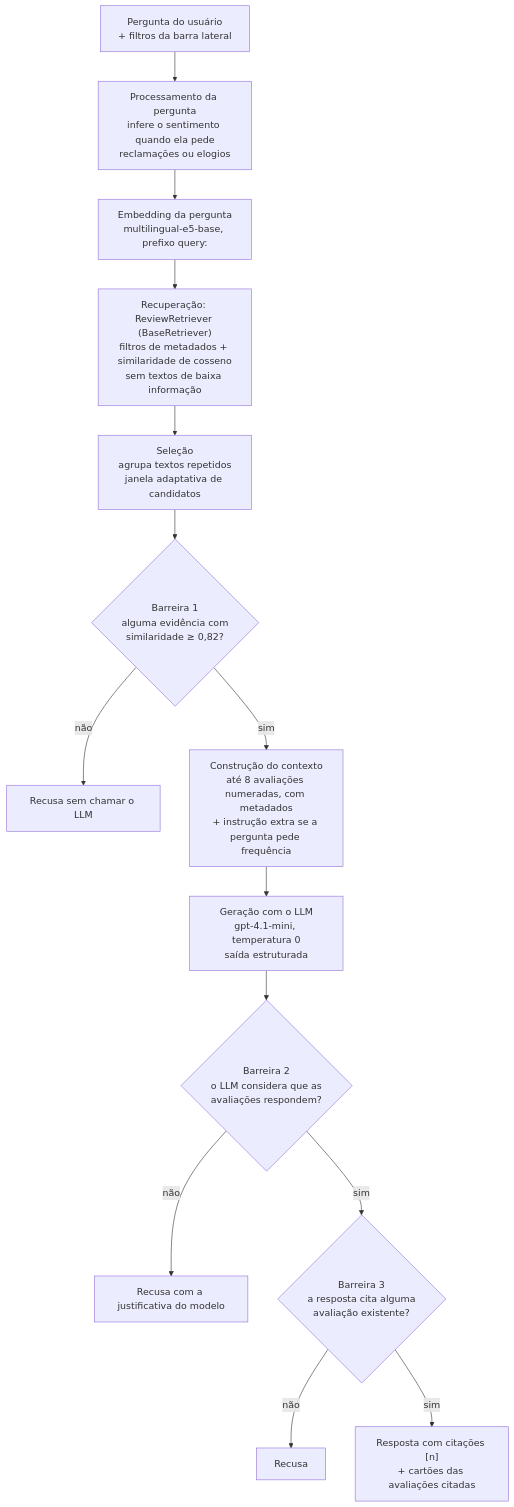
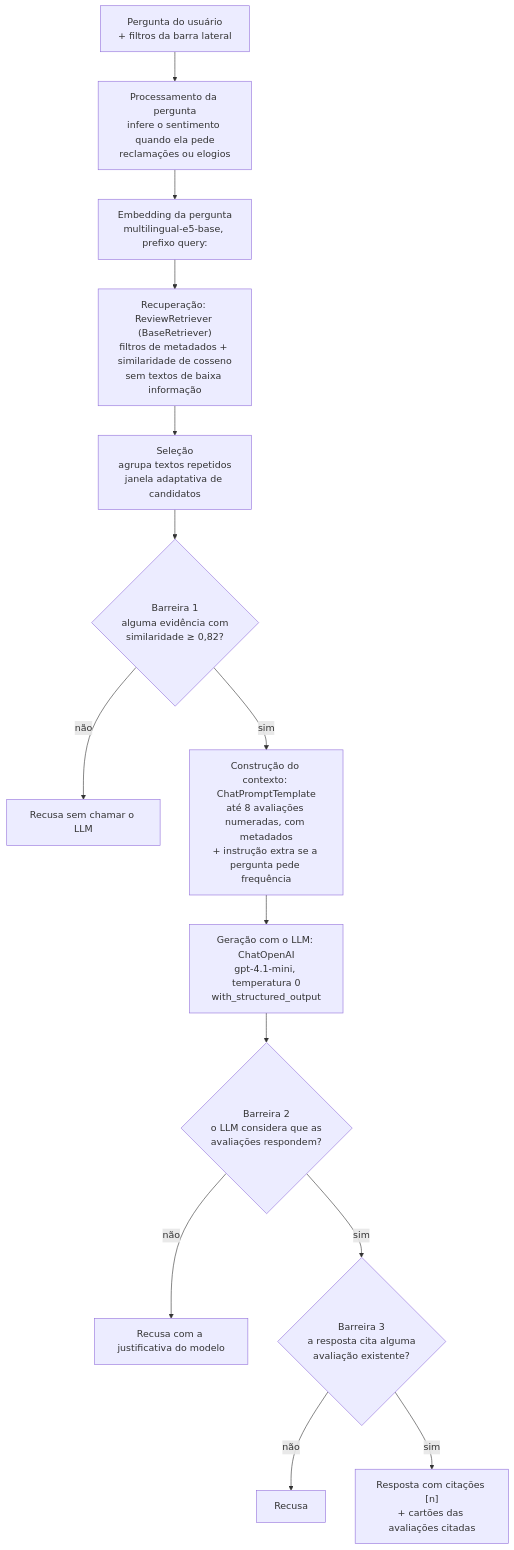
Before and after one commit to Dinaldorc/tech-challenge-fase4: the second of 2 diagrams in docs/arquitetura.md, drawn with Mermaid. The commit also changed other lines of this file and 10 other files, not shown here.

First line of the commit message:
Reescreve prompt, LLM e fluxo como cadeia LCEL do LangChain

````diff
--- a/docs/arquitetura.md
+++ b/docs/arquitetura.md
@@ -39,16 +39,16 @@
 ```mermaid
 flowchart TD
     Q["Pergunta do usuário<br/>+ filtros da barra lateral"] --> P["Processamento da pergunta<br/>infere o sentimento quando ela pede<br/>reclamações ou elogios"]
     P --> V["Embedding da pergunta<br/>multilingual-e5-base, prefixo query:"]
     V --> R["Recuperação: ReviewRetriever (BaseRetriever)<br/>filtros de metadados + similaridade de cosseno<br/>sem textos de baixa informação"]
     R --> S["Seleção<br/>agrupa textos repetidos<br/>janela adaptativa de candidatos"]
     S --> B1{"Barreira 1<br/>alguma evidência com<br/>similaridade ≥ 0,82?"}
     B1 -- não --> X1["Recusa sem chamar o LLM"]
-    B1 -- sim --> C["Construção do contexto<br/>até 8 avaliações numeradas, com metadados<br/>+ instrução extra se a pergunta pede frequência"]
-    C --> L["Geração com o LLM<br/>gpt-4.1-mini, temperatura 0<br/>saída estruturada"]
+    B1 -- sim --> C["Construção do contexto: ChatPromptTemplate<br/>até 8 avaliações numeradas, com metadados<br/>+ instrução extra se a pergunta pede frequência"]
+    C --> L["Geração com o LLM: ChatOpenAI<br/>gpt-4.1-mini, temperatura 0<br/>with_structured_output"]
     L --> B2{"Barreira 2<br/>o LLM considera que as<br/>avaliações respondem?"}
     B2 -- não --> X2["Recusa com a justificativa do modelo"]
     B2 -- sim --> B3{"Barreira 3<br/>a resposta cita alguma<br/>avaliação existente?"}
     B3 -- não --> X3["Recusa"]
     B3 -- sim --> OK["Resposta com citações [n]<br/>+ cartões das avaliações citadas"]
 ```
````
